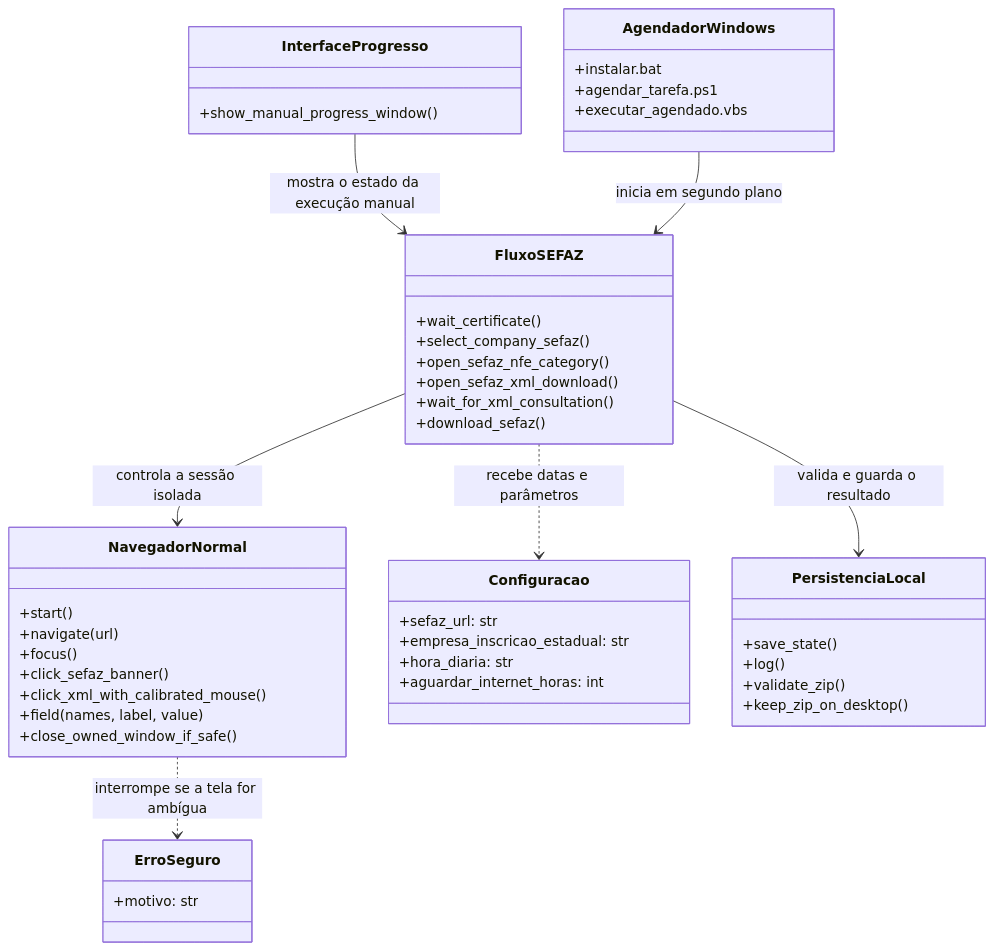
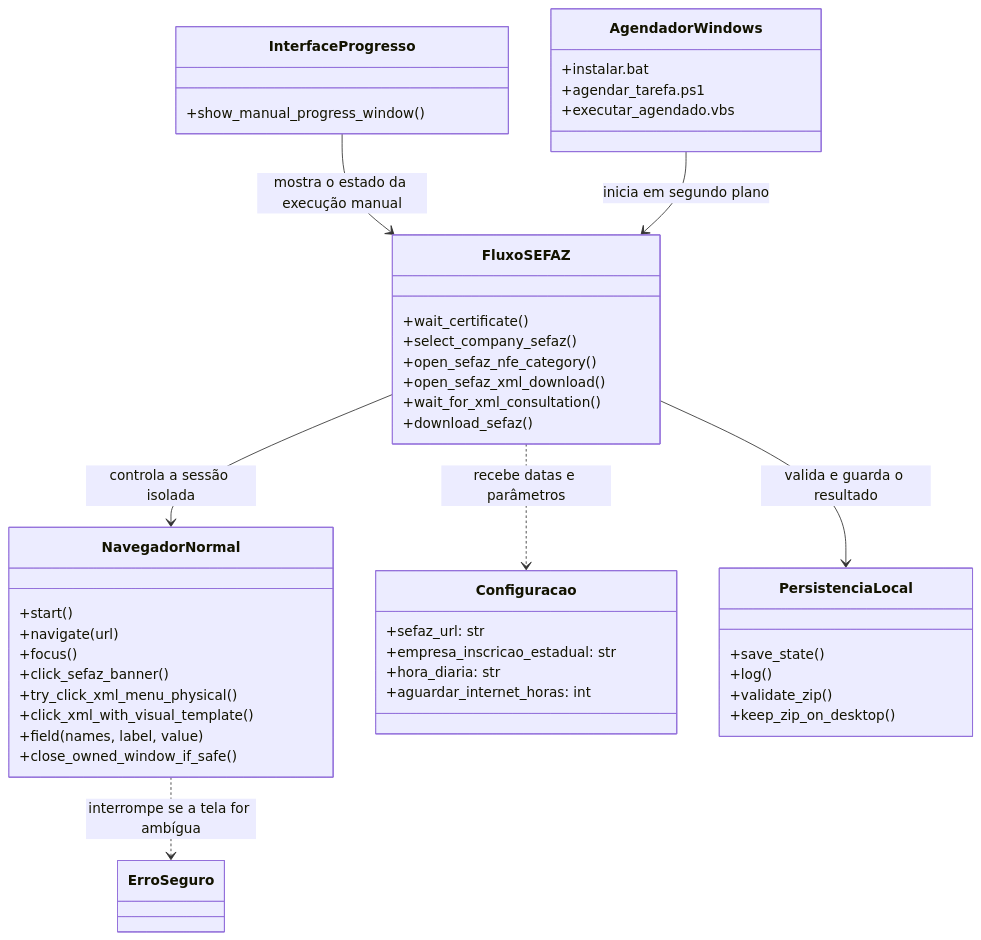
One commit to HenriquePvAr/Automacao-Sefaz changed the second of 3 diagrams in docs/arquitetura.md. Above: the diagram before and after it, drawn with Mermaid. The commit also changed other lines of this file, not shown here.

````diff
--- a/docs/arquitetura.md
+++ b/docs/arquitetura.md
@@ -41,50 +41,49 @@
 ```mermaid
 classDiagram
     class NavegadorNormal {
       +start()
       +navigate(url)
       +focus()
       +click_sefaz_banner()
-      +click_xml_with_calibrated_mouse()
+      +try_click_xml_menu_physical()
+      +click_xml_with_visual_template()
       +field(names, label, value)
       +close_owned_window_if_safe()
     }
-    class ErroSeguro {
-      +motivo: str
-    }
+    class ErroSeguro
     class Configuracao {
       +sefaz_url: str
       +empresa_inscricao_estadual: str
       +hora_diaria: str
       +aguardar_internet_horas: int
     }
     class FluxoSEFAZ {
       +wait_certificate()
       +select_company_sefaz()
       +open_sefaz_nfe_category()
       +open_sefaz_xml_download()
       +wait_for_xml_consultation()
       +download_sefaz()
     }
     class PersistenciaLocal {
       +save_state()
       +log()
       +validate_zip()
       +keep_zip_on_desktop()
     }
     class InterfaceProgresso {
       +show_manual_progress_window()
     }
     class AgendadorWindows {
       +instalar.bat
       +agendar_tarefa.ps1
       +executar_agendado.vbs
     }
 
     FluxoSEFAZ --> NavegadorNormal : controla a sessão isolada
     FluxoSEFAZ --> PersistenciaLocal : valida e guarda o resultado
     NavegadorNormal ..> ErroSeguro : interrompe se a tela for ambígua
     InterfaceProgresso --> FluxoSEFAZ : mostra o estado da execução manual
     AgendadorWindows --> FluxoSEFAZ : inicia em segundo plano
     FluxoSEFAZ ..> Configuracao : recebe datas e parâmetros
 ```
````
